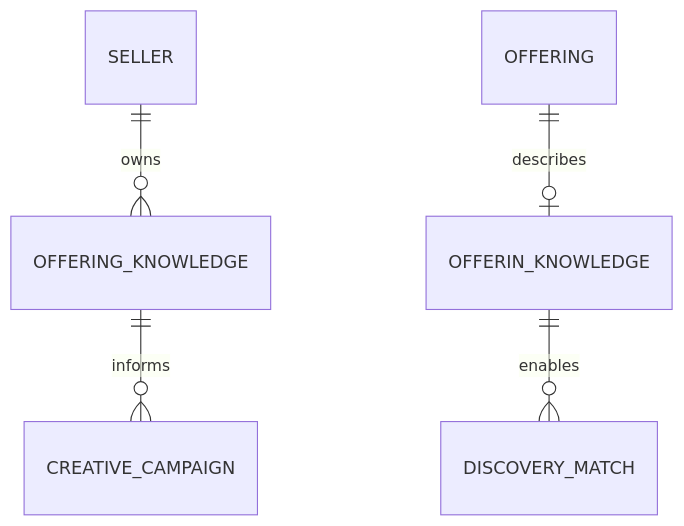
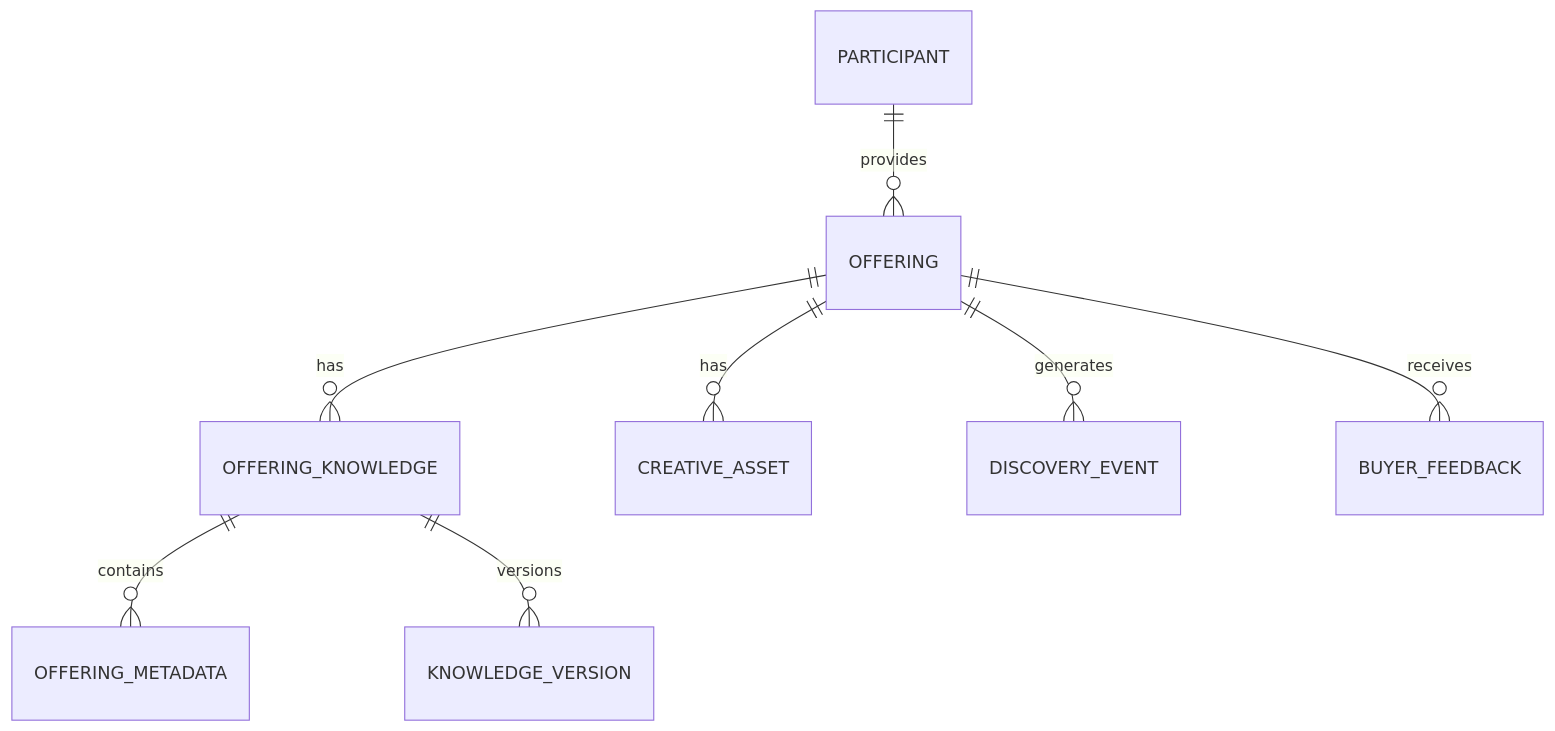
Before and after one commit to petkao/pinkcurve-blueprint: the second of 2 diagrams in docs/04-offering-knowledge.md, drawn with Mermaid. The commit also changed other lines of this file and 27 other files, not shown here.

Commit message:
Update PinkCurve blueprint and complete Chapter 11 data architecture audit

````diff
--- a/docs/04-offering-knowledge.md
+++ b/docs/04-offering-knowledge.md
@@ -135,7 +649,10 @@
 ```mermaid
 erDiagram
-    SELLER ||--o{ OFFERING_KNOWLEDGE : owns
-    OFFERING ||--o| OFFERIN_KNOWLEDGE : describes
-    OFFERING_KNOWLEDGE ||--o{ CREATIVE_CAMPAIGN : informs
-    OFFERIN_KNOWLEDGE ||--o{ DISCOVERY_MATCH : enables
+    PARTICIPANT ||--o{ OFFERING : provides
+    OFFERING ||--o{ OFFERING_KNOWLEDGE : has
+    OFFERING_KNOWLEDGE ||--o{ OFFERING_METADATA : contains
+    OFFERING ||--o{ CREATIVE_ASSET : has
+    OFFERING ||--o{ DISCOVERY_EVENT : generates
+    OFFERING ||--o{ BUYER_FEEDBACK : receives
+    OFFERING_KNOWLEDGE ||--o{ KNOWLEDGE_VERSION : versions
 ```
````
